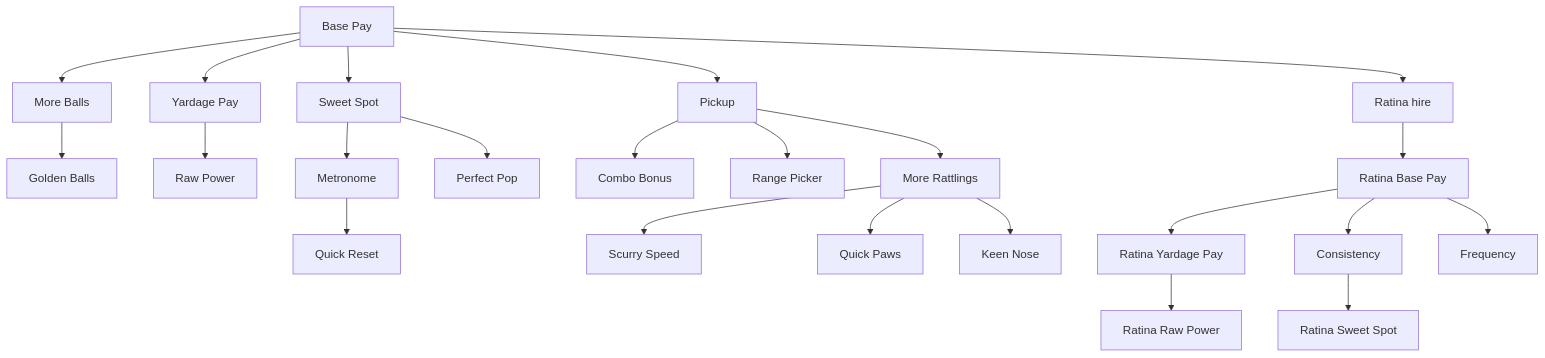
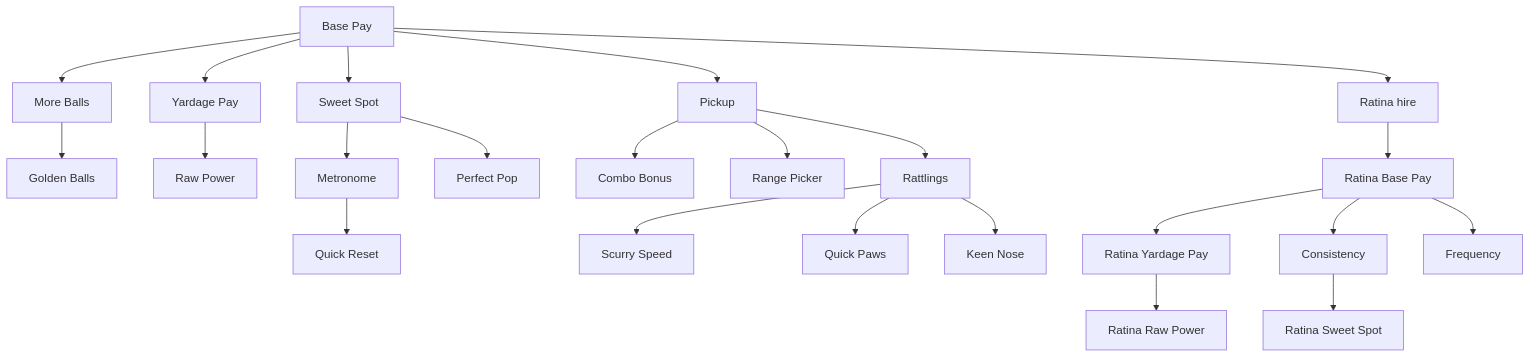
The diagram in docs/v2/04-upgrade-tree.md (bicrick/golf_incremental), drawn with Mermaid before and after one commit. The commit also changed other lines of this file and 15 other files, not shown here.

````diff
--- a/docs/v2/04-upgrade-tree.md
+++ b/docs/v2/04-upgrade-tree.md
@@ -15,25 +15,25 @@
 ```mermaid
 flowchart TB
   basePay[Base Pay] --> yardagePay[Yardage Pay]
   basePay --> sweetSpot[Sweet Spot]
   basePay --> pickup[Pickup]
   basePay --> ballCount[More Balls]
   basePay --> ratinaHire[Ratina hire]
   ballCount --> goldenBall[Golden Balls]
   yardagePay --> rawPower[Raw Power]
   sweetSpot --> metronome[Metronome]
   sweetSpot --> perfectPop[Perfect Pop]
   metronome --> quickReset[Quick Reset]
   pickup --> comboBonus[Combo Bonus]
   pickup --> rangePicker[Range Picker]
-  pickup --> rattlingMore[More Rattlings]
+  pickup --> rattlingMore[Rattlings]
   rattlingMore --> rattlingSpeed[Scurry Speed]
   rattlingMore --> quickPaws[Quick Paws]
   rattlingMore --> keenNose[Keen Nose]
   ratinaHire --> ratinaBasePay[Ratina Base Pay]
   ratinaBasePay --> ratinaYard[Ratina Yardage Pay]
   ratinaBasePay --> ratinaCons[Consistency]
   ratinaBasePay --> ratinaFreq[Frequency]
   ratinaYard --> ratinaRaw[Ratina Raw Power]
   ratinaCons --> ratinaSweet[Ratina Sweet Spot]
 ```
````
